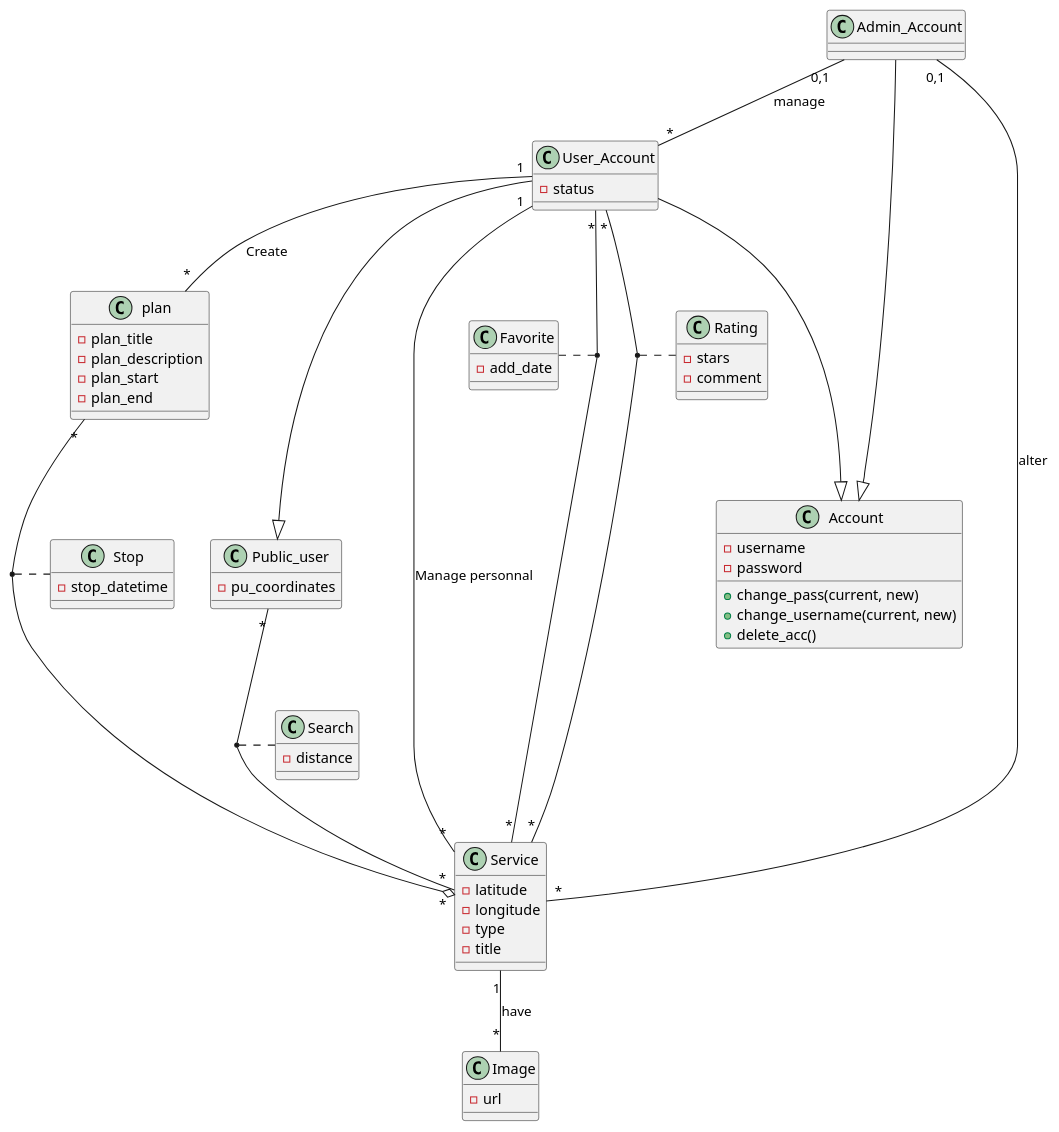
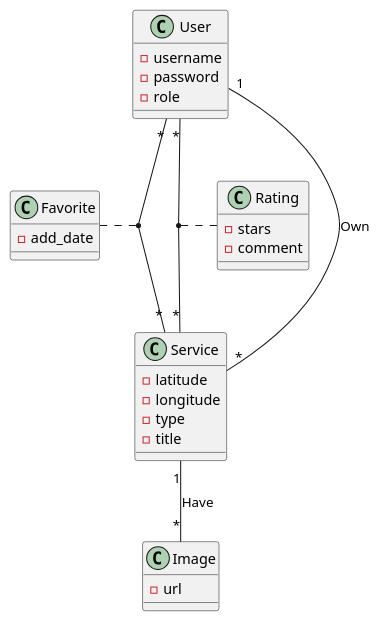
The diagram in rapport/uml/plantuml/class.pu (techguyseli/touristy), drawn with PlantUML before and after one commit.

Commit message:
fixed class diagram

```diff
--- a/rapport/uml/plantuml/class.pu
+++ b/rapport/uml/plantuml/class.pu
@@ -1,63 +1,31 @@
 @startuml class_diag
 
-class Public_user
-Public_user : -pu_coordinates
-Public_user "*" -- "*" Service
-(Public_user, Service) . Search
-
-class Account
-Account : -username
-Account : -password
-Account : +change_pass(current, new)
-Account : +change_username(current, new)
-Account : +delete_acc()
-
-class Admin_Account
-Admin_Account ---|> Account
-Admin_Account "0,1" -- "*" User_Account : manage
-Admin_Account "0,1" -- "*" Service : alter
-
-class User_Account
-User_Account : -status
-User_Account ---|> Account
-User_Account ---|> Public_user
-User_Account "1" -- "*" plan : Create
-User_Account "*" -- "*" Service
-(User_Account, Service) . Favorite
-User_Account "*" -- "*" Service
-(User_Account, Service) . Rating
-User_Account "1" -- "*" Service : Manage personnal
-
-class Search
-Search : -distance
+class User
+User : -username
+User : -password
+User : -role
+User "*" -- "*" Service
+(User, Service) . Favorite
+User "*" -- "*" Service
+(User, Service) . Rating
+User "1" -- "*" Service : Own
 
 class Service
 Service : -latitude
 Service : -longitude
 Service : -type
 Service : -title
-Service "1" -- "*" Image : have
+Service "1" -- "*" Image : Have
 
 class Image
 Image : -url
-
-class Stop
-Stop : -stop_datetime
-
-class plan
-plan : -plan_title
-plan : -plan_description
-plan : -plan_start
-plan : -plan_end
-plan "*" --o "*" Service
-(plan, Service) . Stop
 
 class Favorite
 Favorite : -add_date
 
 class Rating
 Rating : -stars
 Rating : -comment
 
 
 @enduml
```
